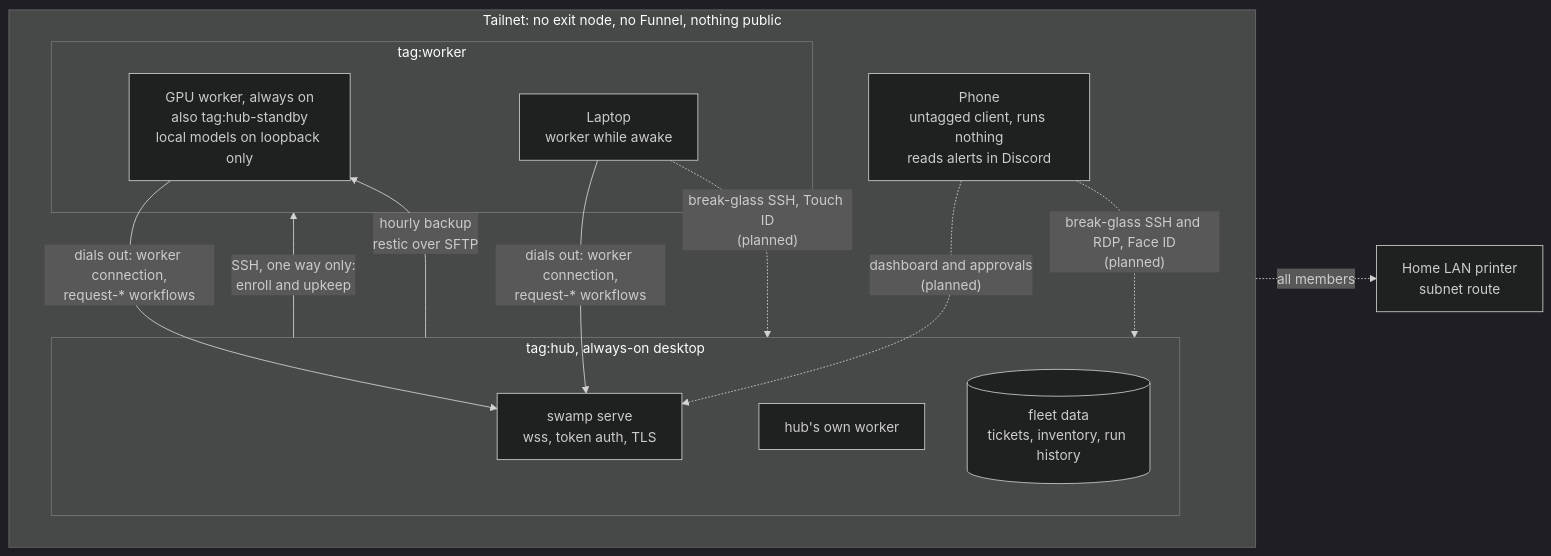
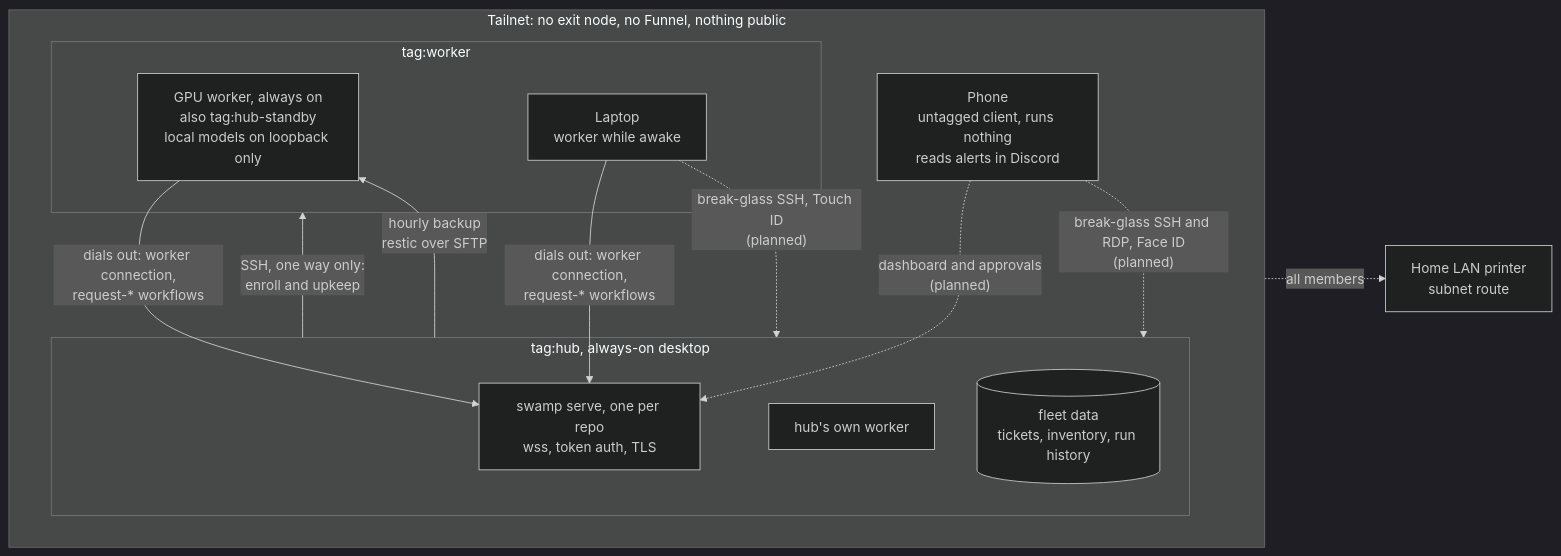
The diagram in content/blog/tailnet.md (kagarmoe/kimberly-garmoe-web), drawn with Mermaid (dark theme) before and after one commit. The commit also changed other lines of this file and 6 other files, not shown here.

First line of the commit message:
Blog: draw mermaid fences, and make the tailnet doc a post (devswamp-196)

````diff
--- a/content/blog/tailnet.md
+++ b/content/blog/tailnet.md
@@ -8,25 +12,25 @@
 ```mermaid
 flowchart LR
   subgraph tailnet["Tailnet: no exit node, no Funnel, nothing public"]
     subgraph hub["tag:hub, always-on desktop"]
-      serve["swamp serve<br/>wss, token auth, TLS"]
+      serve["swamp serve, one per repo<br/>wss, token auth, TLS"]
       hubworker["hub's own worker"]
       fleetdata[("fleet data<br/>tickets, inventory, run history")]
     end
     subgraph workers["tag:worker"]
       gpu["GPU worker, always on<br/>also tag:hub-standby<br/>local models on loopback only"]
       laptop["Laptop<br/>worker while awake"]
     end
     phone["Phone<br/>untagged client, runs nothing<br/>reads alerts in Discord"]
   end
   lan["Home LAN printer<br/>subnet route"]
 
   gpu -- "dials out: worker connection,<br/>request-* workflows" --> serve
   laptop -- "dials out: worker connection,<br/>request-* workflows" --> serve
   hub -- "SSH, one way only:<br/>enroll and upkeep" --> workers
   hub -- "hourly backup<br/>restic over SFTP" --> gpu
   phone -. "dashboard and approvals<br/>(planned)" .-> serve
   tailnet -. "all members" .-> lan
   laptop -. "break-glass SSH, Touch ID<br/>(planned)" .-> hub
   phone -. "break-glass SSH and RDP, Face ID<br/>(planned)" .-> hub
 ```
````
